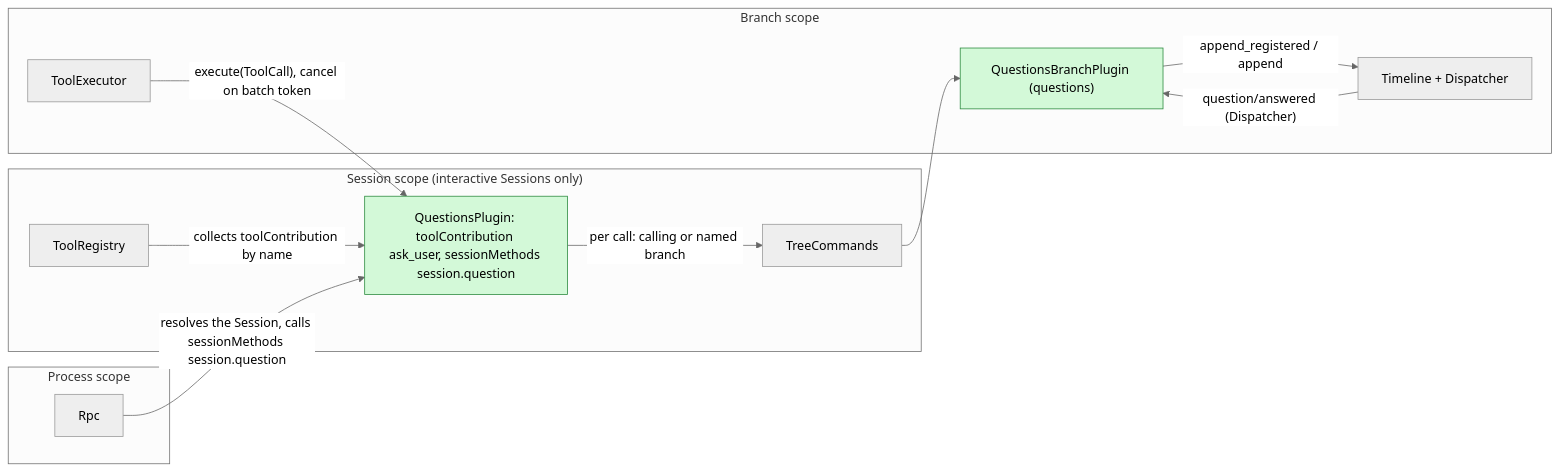
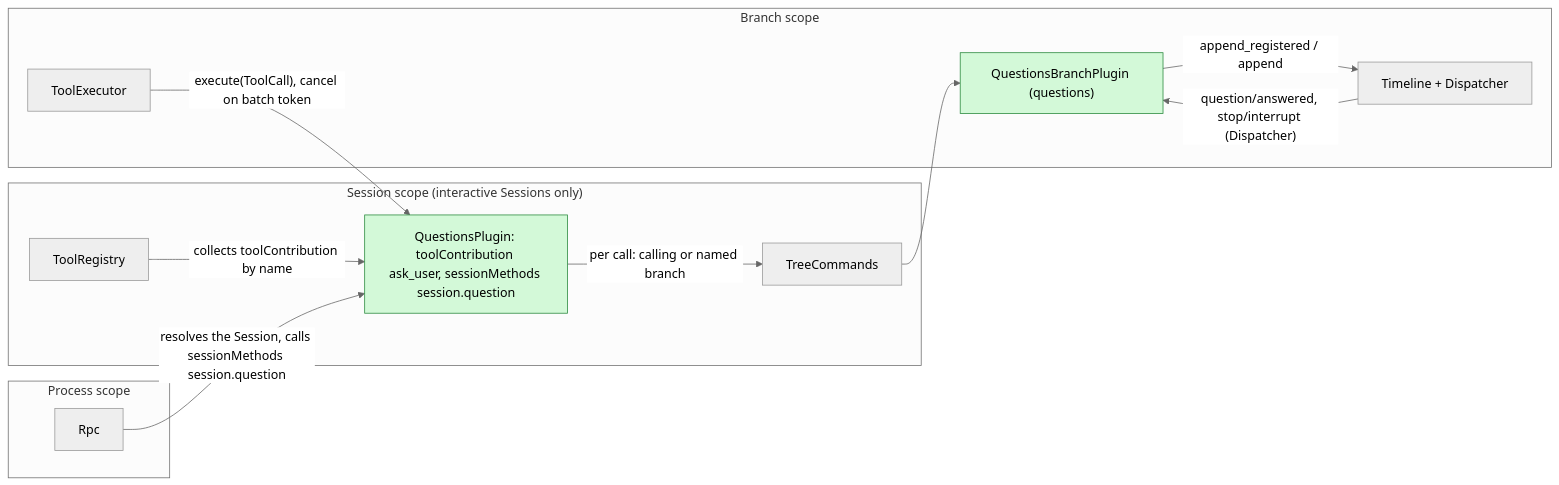
One commit to CoutinhoTTS/dim-agent changed the first of 6 diagrams in docs/design/plugins/Questions.md. Above: the diagram before and after it, drawn with Mermaid (neutral theme). The commit also changed other lines of this file and 42 other files, not shown here.

````diff
--- a/docs/design/plugins/Questions.md
+++ b/docs/design/plugins/Questions.md
@@ -9,24 +9,24 @@
 ```mermaid
 flowchart LR
   subgraph S["Session scope (interactive Sessions only)"]
     QS["QuestionsPlugin: toolContribution ask_user, sessionMethods session.question"]:::new
     TR["ToolRegistry"]
     TC["TreeCommands"]
   end
   subgraph P["Process scope"]
     RPC["Rpc"]
   end
   subgraph B["Branch scope"]
     QB["QuestionsBranchPlugin (questions)"]:::new
     TE["ToolExecutor"]
     TL["Timeline + Dispatcher"]
   end
   TR -- "collects toolContribution by name" --> QS
   RPC -- "resolves the Session, calls sessionMethods session.question" --> QS
   QS -- "per call: calling or named branch" --> TC
   TC --> QB
   TE -- "execute(ToolCall), cancel on batch token" --> QS
   QB -- "append_registered / append" --> TL
-  TL -- "question/answered (Dispatcher)" --> QB
+  TL -- "question/answered, stop/interrupt (Dispatcher)" --> QB
   classDef new fill:#d3f9d8,stroke:#2b8a3e,color:#000
 ```
````
